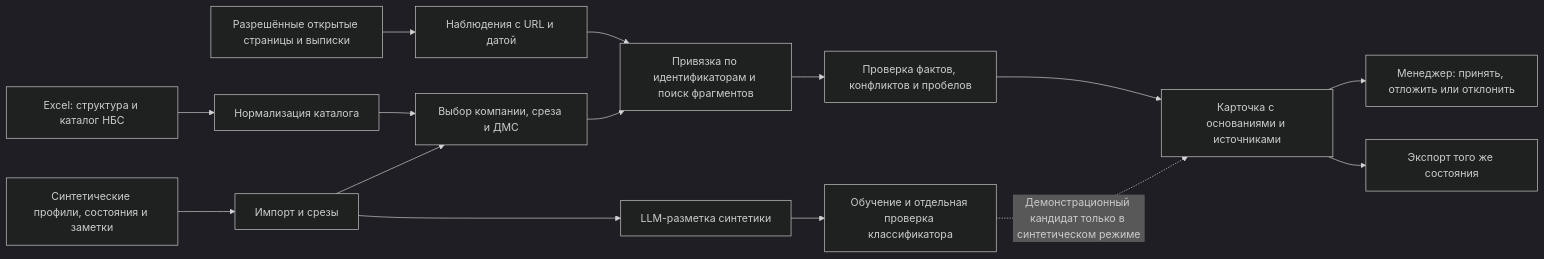
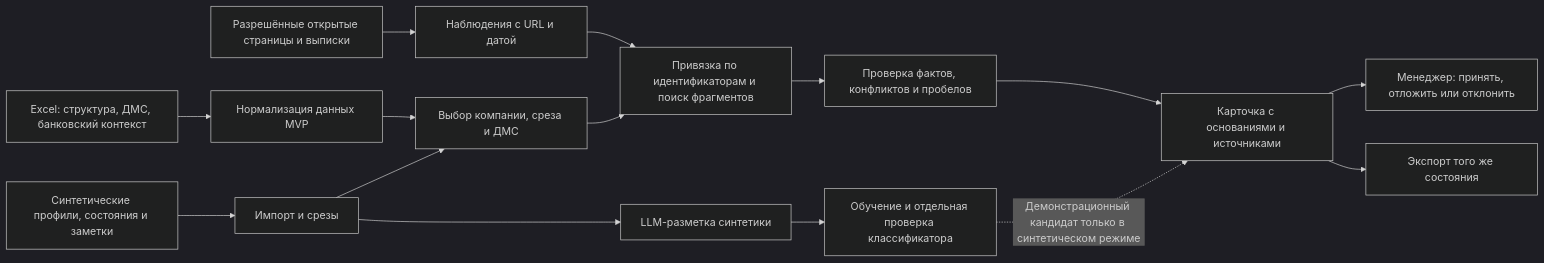
The diagram in artifacts/mvp-baseline.md (Konscig/psb-adaptive-graph), drawn with Mermaid (dark theme) before and after one commit. The commit also changed other lines of this file and 6 other files, not shown here.

````diff
--- a/artifacts/mvp-baseline.md
+++ b/artifacts/mvp-baseline.md
@@ -82,17 +84,17 @@
 ```mermaid
 flowchart LR
-    A[Excel: структура и каталог НБС] --> B[Нормализация каталога]
+    A[Excel: структура, ДМС, банковский контекст] --> B[Нормализация данных MVP]
     C[Синтетические профили, состояния и заметки] --> D[Импорт и срезы]
     E[Разрешённые открытые страницы и выписки] --> F[Наблюдения с URL и датой]
     B --> G[Выбор компании, среза и ДМС]
     D --> G
     F --> H[Привязка по идентификаторам и поиск фрагментов]
     G --> H
     H --> I[Проверка фактов, конфликтов и пробелов]
     I --> J[Карточка с основаниями и источниками]
     K[LLM-разметка синтетики] --> L[Обучение и отдельная проверка классификатора]
     D --> K
     L -. Демонстрационный кандидат только в синтетическом режиме .-> J
     J --> M[Менеджер: принять, отложить или отклонить]
     J --> N[Экспорт того же состояния]
 ```
````
